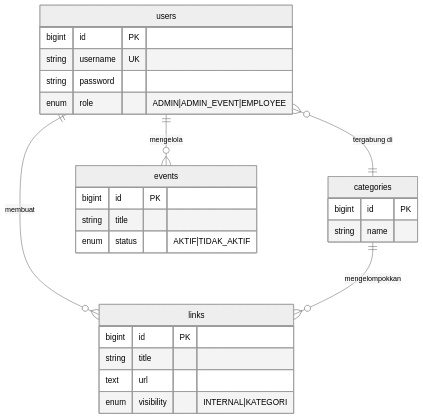
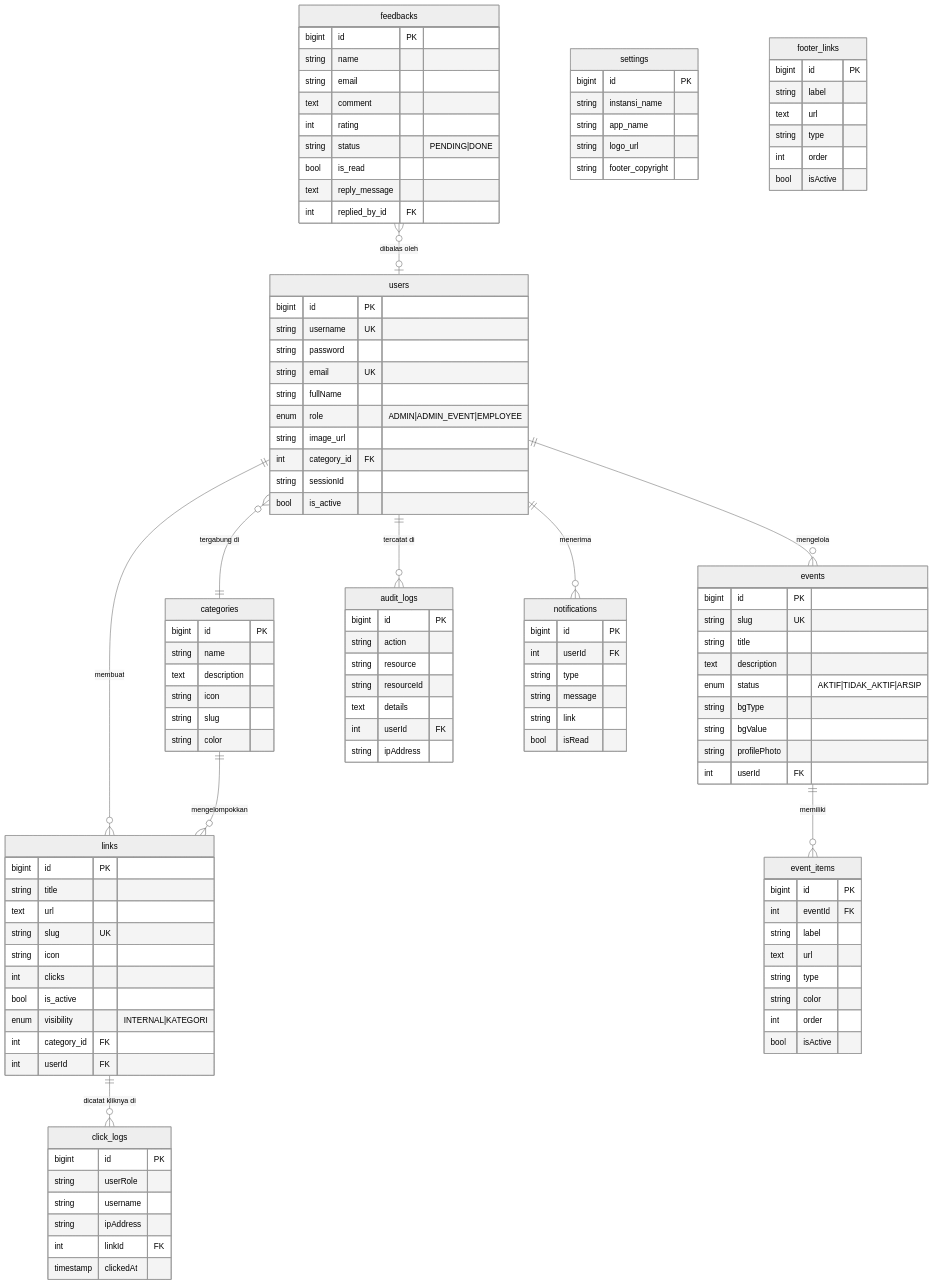
One commit to jarga99/Sigap_laravel changed the first of 2 diagrams in README.md. Above: the diagram before and after it, drawn with Mermaid (neutral theme). The commit also changed other lines of this file and 1 other file, not shown here.

Commit message:
docs: restore full content and apply visual refinements [skip ci]

````diff
--- a/README.md
+++ b/README.md
@@ -47,25 +47,114 @@
         bigint id PK
         string username UK
         string password
+        string email UK
+        string fullName
         enum role "ADMIN|ADMIN_EVENT|EMPLOYEE"
+        string image_url
+        int category_id FK
+        string sessionId
+        bool is_active
     }
     categories {
         bigint id PK
         string name
+        text description
+        string icon
+        string slug
+        string color
     }
     links {
         bigint id PK
         string title
         text url
+        string slug UK
+        string icon
+        int clicks
+        bool is_active
         enum visibility "INTERNAL|KATEGORI"
+        int category_id FK
+        int userId FK
+    }
+    click_logs {
+        bigint id PK
+        string userRole
+        string username
+        string ipAddress
+        int linkId FK
+        timestamp clickedAt
     }
     events {
         bigint id PK
+        string slug UK
         string title
-        enum status "AKTIF|TIDAK_AKTIF"
+        text description
+        enum status "AKTIF|TIDAK_AKTIF|ARSIP"
+        string bgType
+        string bgValue
+        string profilePhoto
+        int userId FK
     }
+    event_items {
+        bigint id PK
+        int eventId FK
+        string label
+        text url
+        string type
+        string color
+        int order
+        bool isActive
+    }
+    feedbacks {
+        bigint id PK
+        string name
+        string email
+        text comment
+        int rating
+        string status "PENDING|DONE"
+        bool is_read
+        text reply_message
+        int replied_by_id FK
+    }
+    audit_logs {
+        bigint id PK
+        string action
+        string resource
+        string resourceId
+        text details
+        int userId FK
+        string ipAddress
+    }
+    notifications {
+        bigint id PK
+        int userId FK
+        string type
+        string message
+        string link
+        bool isRead
+    }
+    settings {
+        bigint id PK
+        string instansi_name
+        string app_name
+        string logo_url
+        string footer_copyright
+    }
+    footer_links {
+        bigint id PK
+        string label
+        text url
+        string type
+        int order
+        bool isActive
+    }
+
     users ||--o{ links : "membuat"
     users ||--o{ events : "mengelola"
+    users ||--o{ audit_logs : "tercatat di"
+    users ||--o{ notifications : "menerima"
     users }o--|| categories : "tergabung di"
     categories ||--o{ links : "mengelompokkan"
+    links ||--o{ click_logs : "dicatat kliknya di"
+    events ||--o{ event_items : "memiliki"
+    feedbacks }o--o| users : "dibalas oleh"
 ```
````
